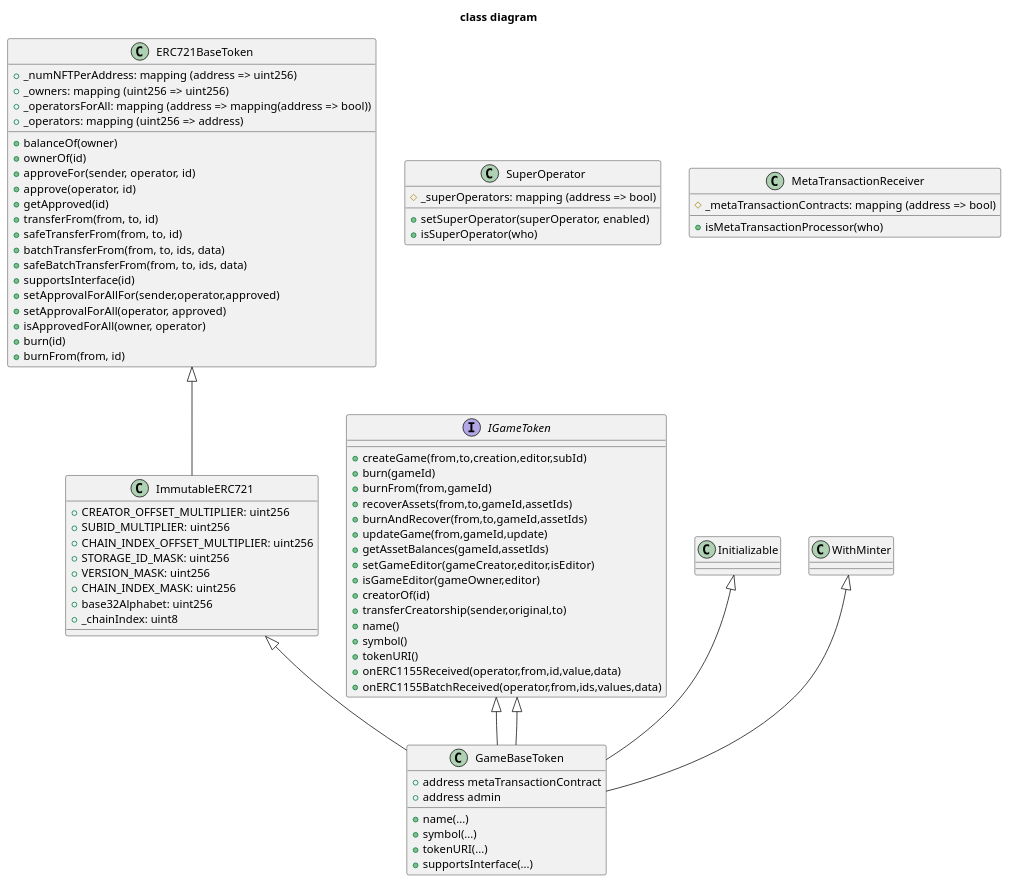
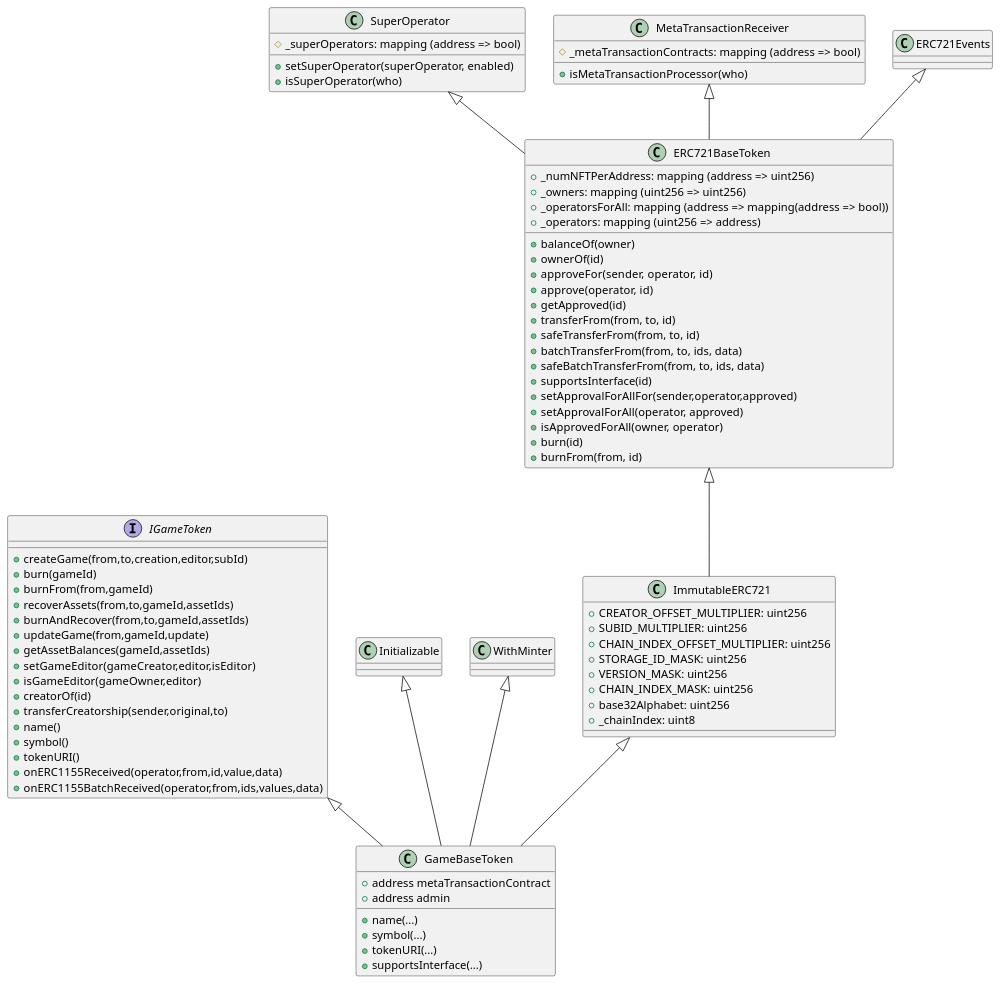
One commit to thesandboxgame/sandbox-smart-contracts changed the diagram in docs/topics/game/game.md. Above: the diagram before and after it, drawn with PlantUML. The commit also changed other lines of this file and 1 other file, not shown here.

Commit message:
adding game.md to mkdocs

````diff
--- a/docs/topics/game/game.md
+++ b/docs/topics/game/game.md
@@ -19,5 +15,5 @@
 ```plantuml
-title class diagram
+
 class ERC721BaseToken {
     {field} + _numNFTPerAddress: mapping (address => uint256)
     {field} + _owners: mapping (uint256 => uint256)
@@ -92,8 +88,9 @@
     + tokenURI(...)
     + supportsInterface(...)
 }
-
-IGameToken <|-- GameBaseToken
+MetaTransactionReceiver <|-- ERC721BaseToken
+ERC721Events <|-- ERC721BaseToken
+SuperOperator <|-- ERC721BaseToken
 ERC721BaseToken <|-- ImmutableERC721
 Initializable <|-- GameBaseToken
 WithMinter <|-- GameBaseToken
````
